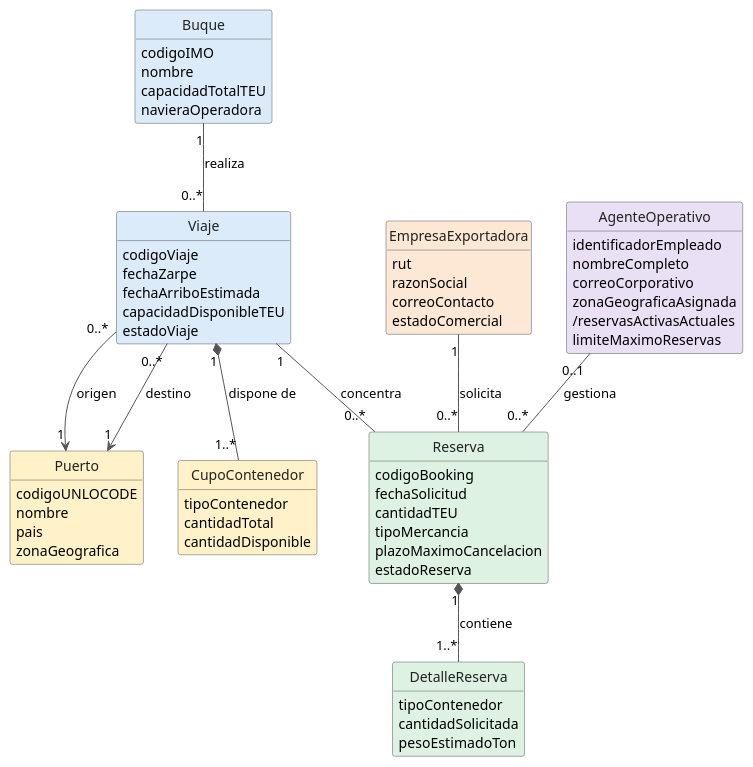
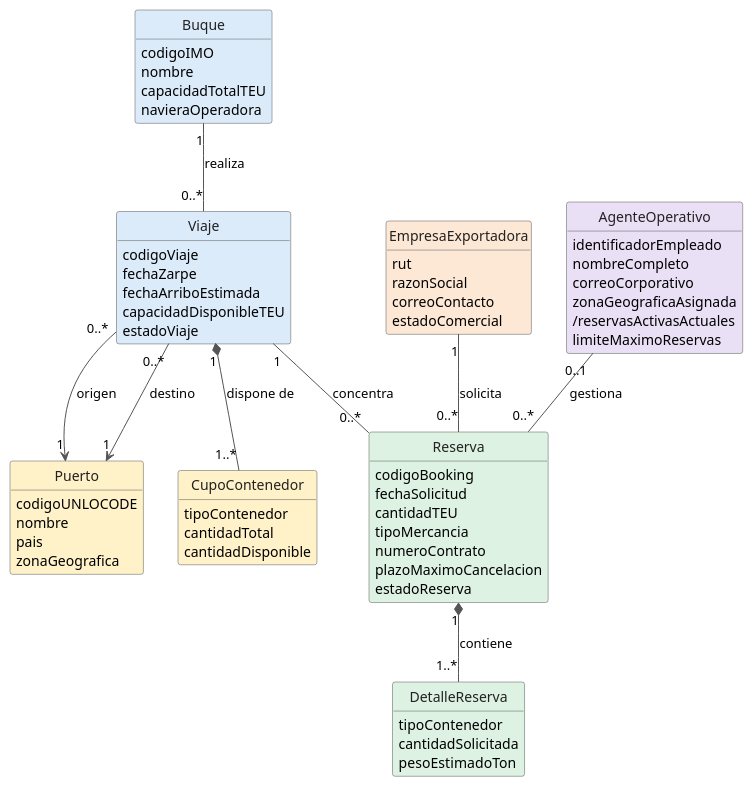
The diagram in diagramas/modelo-dominio.puml (NaviCarga/Navieras), drawn with PlantUML before and after one commit. The commit also changed 133 other files, not shown here.

```diff
--- a/diagramas/modelo-dominio.puml
+++ b/diagramas/modelo-dominio.puml
@@ -1,107 +1,108 @@
 @startuml
 
 skinparam classAttributeIconSize 0
 skinparam monochrome false
 skinparam shadowing false
 skinparam ArrowColor #555555
 skinparam classBorderColor #555555
 skinparam classFontColor #222222
 
 hide circle
 hide empty methods
 
 ' =========================
 ' CLASES DE TRANSPORTE
 ' =========================
 
 class Buque #DCEBFA {
   codigoIMO
   nombre
   capacidadTotalTEU
   navieraOperadora
 }
 
 class Viaje #DCEBFA {
   codigoViaje
   fechaZarpe
   fechaArriboEstimada
   capacidadDisponibleTEU
   estadoViaje
 }
 
 ' =========================
 ' CLASES DE INFRAESTRUCTURA
 ' =========================
 
 class Puerto #FFF2C9 {
   codigoUNLOCODE
   nombre
   pais
   zonaGeografica
 }
 
 class CupoContenedor #FFF2C9 {
   tipoContenedor
   cantidadTotal
   cantidadDisponible
 }
 
 ' =========================
 ' CLASES DE RESERVAS
 ' =========================
 
 class Reserva #DDF2E3 {
   codigoBooking
   fechaSolicitud
   cantidadTEU
   tipoMercancia
+  numeroContrato
   plazoMaximoCancelacion
   estadoReserva
 }
 
 class DetalleReserva #DDF2E3 {
   tipoContenedor
   cantidadSolicitada
   pesoEstimadoTon
 }
 
 ' =========================
 ' CLASES DE ACTORES
 ' =========================
 
 class EmpresaExportadora #FCE8D5 {
   rut
   razonSocial
   correoContacto
   estadoComercial
 }
 
 class AgenteOperativo #EAE0F5 {
   identificadorEmpleado
   nombreCompleto
   correoCorporativo
   zonaGeograficaAsignada
   /reservasActivasActuales
   limiteMaximoReservas
 }
 
 ' =========================
 ' RELACIONES
 ' =========================
 
 Buque "1" -- "0..*" Viaje : realiza
 
 Viaje "0..*" --> "1" Puerto : origen
 Viaje "0..*" --> "1" Puerto : destino
 
 Viaje "1" *-- "1..*" CupoContenedor : dispone de
 
 Viaje "1" -- "0..*" Reserva : concentra
 
 Reserva "1" *-- "1..*" DetalleReserva : contiene
 
 EmpresaExportadora "1" -- "0..*" Reserva : solicita
 
 AgenteOperativo "0..1" -- "0..*" Reserva : gestiona
 
 @enduml
```
